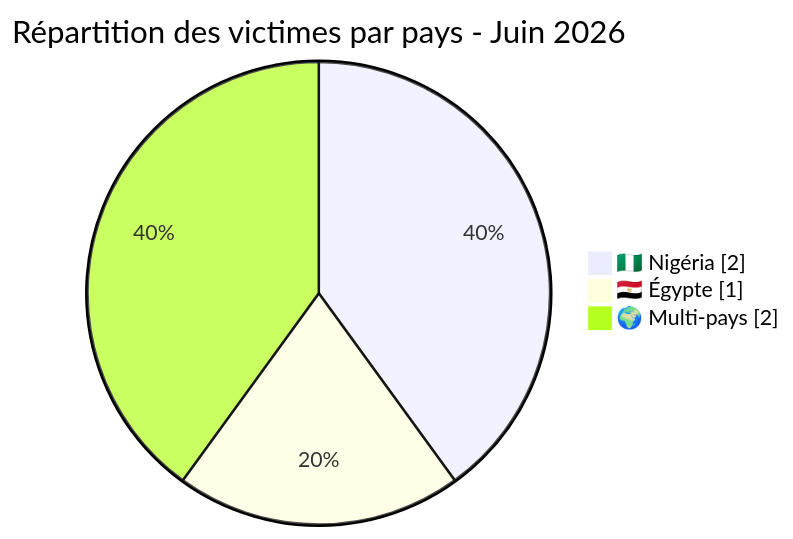
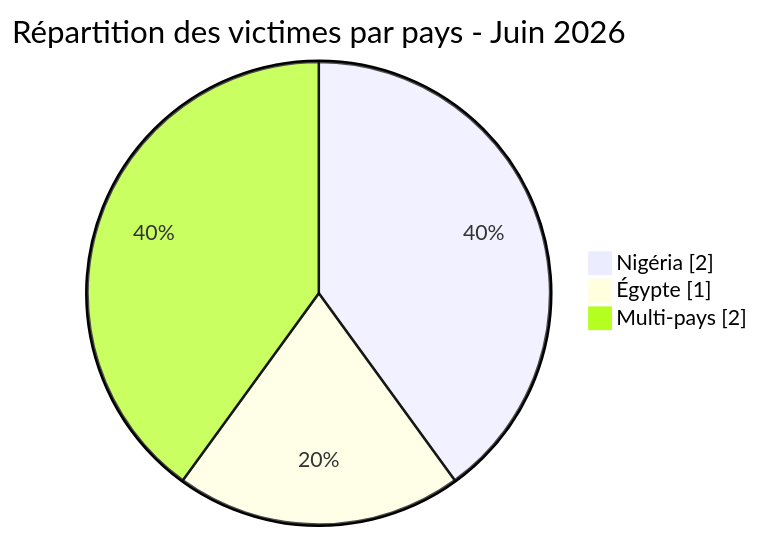
Before and after one commit to Hatchepsoute/AFRINTEL: the first of 3 diagrams in CyberAttackAfrica/2026/06-june/README_FR.md, drawn with Mermaid. The commit also changed other lines of this file and 11 other files, not shown here.

First line of the commit message:
fix: remove all emojis from Mermaid labels in Jan-Jun 2026 reports

````diff
--- a/CyberAttackAfrica/2026/06-june/README_FR.md
+++ b/CyberAttackAfrica/2026/06-june/README_FR.md
@@ -63,7 +63,7 @@
 ```mermaid
 pie showData
-    title Répartition des victimes par pays - Juin 2026
-    "🇳🇬 Nigéria" : 2
-    "🇪🇬 Égypte" : 1
-    "🌍 Multi-pays" : 2
+ title Répartition des victimes par pays - Juin 2026
+ "Nigéria" : 2
+ "Égypte" : 1
+ "Multi-pays" : 2
 ```
````
